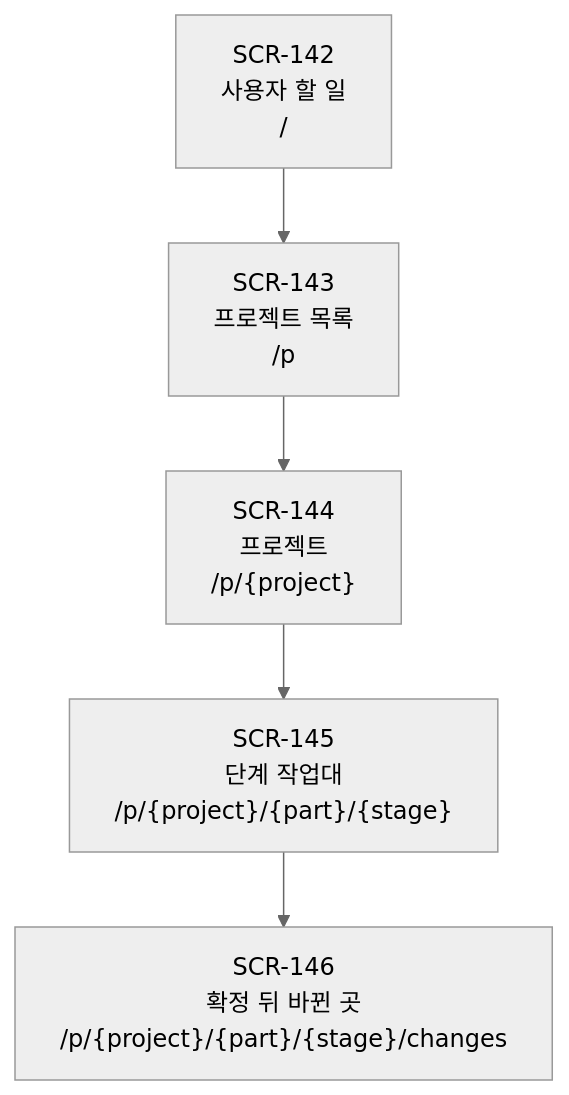
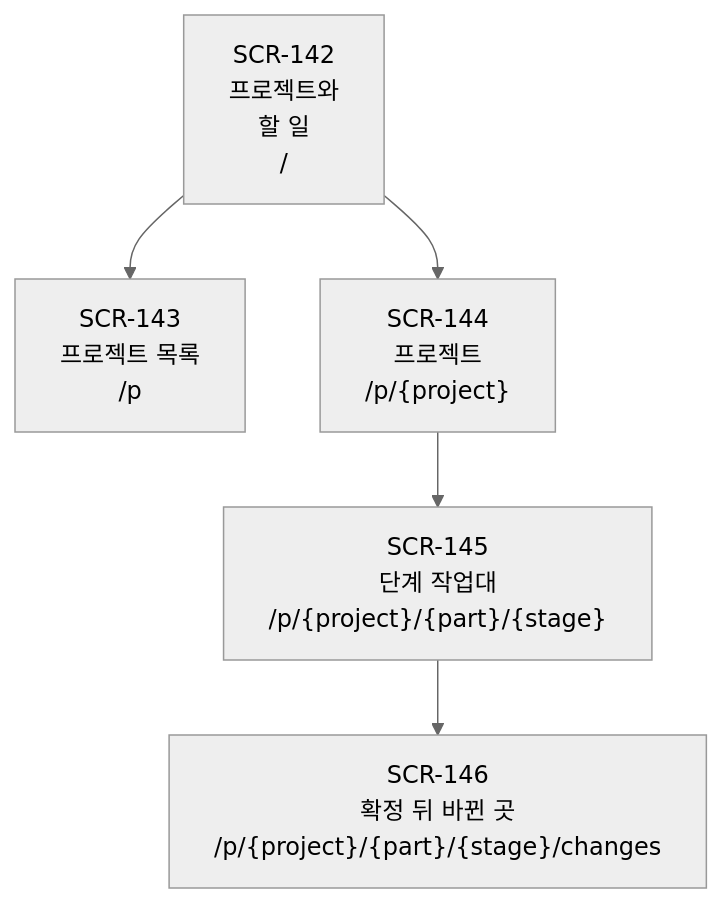
The diagram in docs/07-sitemap/README.ko.md (kodonghui/corthex-nexus), drawn with Mermaid (neutral theme) before and after one commit. The commit also changed other lines of this file and 69 other files, not shown here.

````diff
--- a/docs/07-sitemap/README.ko.md
+++ b/docs/07-sitemap/README.ko.md
@@ -13,13 +13,13 @@
 ```mermaid
 flowchart TD
   %% grammar: structure
-  SCR142["SCR-142<br/>사용자 할 일<br/>/"]
+  SCR142["SCR-142<br/>프로젝트와<br/>할 일<br/>/"]
   SCR143["SCR-143<br/>프로젝트 목록<br/>/p"]
   SCR144["SCR-144<br/>프로젝트<br/>/p/{project}"]
   SCR145["SCR-145<br/>단계 작업대<br/>/p/{project}/{part}/{stage}"]
   SCR146["SCR-146<br/>확정 뒤 바뀐 곳<br/>/p/{project}/{part}/{stage}/changes"]
   SCR142 --> SCR143
-  SCR143 --> SCR144
+  SCR142 --> SCR144
   SCR144 --> SCR145
   SCR145 --> SCR146
 ```
````
